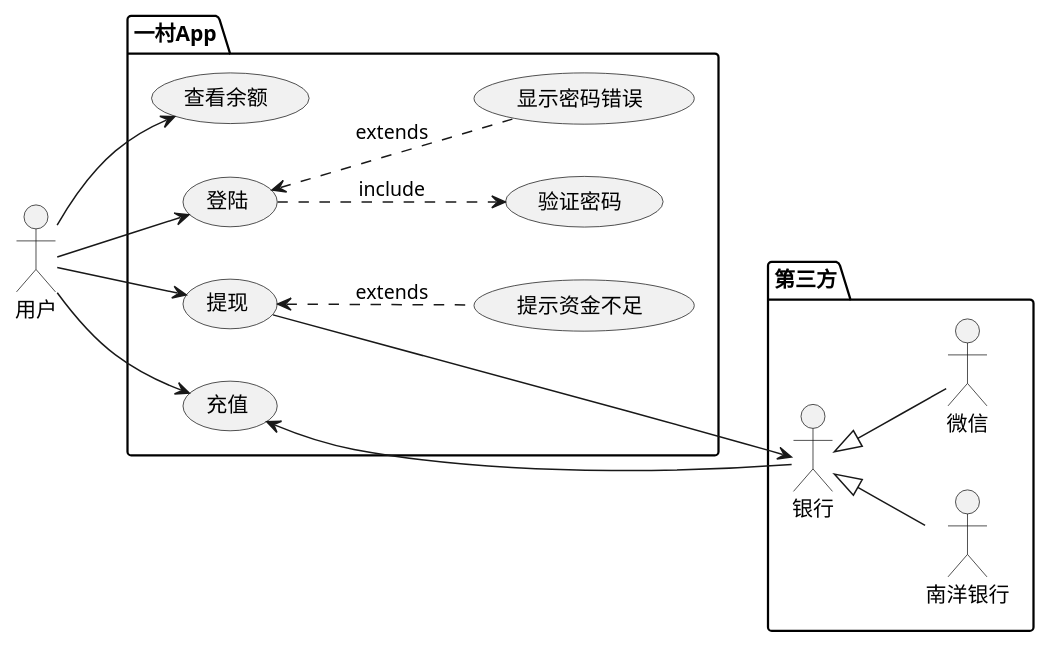
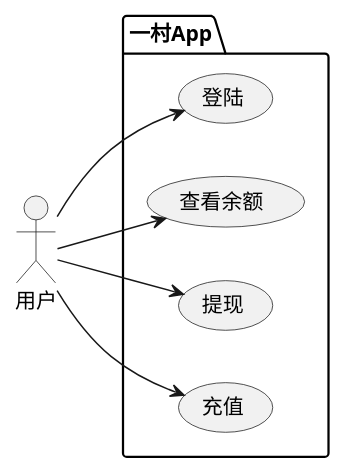
One commit to zhaoshg/javatest changed the diagram in plantuml/UseCase1.puml. Above: the diagram before and after it, drawn with PlantUML.

Commit message:
用例图

```diff
--- a/plantuml/UseCase1.puml
+++ b/plantuml/UseCase1.puml
@@ -1,42 +1,37 @@
 @startuml
 left to right direction
 
 actor 用户 as guest
 
 
 package 一村App {
   usecase "登陆" as login
-  usecase "验证密码" as checkpwd
-  usecase "显示密码错误" as errorpwd
+  usecase "查看余额" as checkbalance
   usecase "提现" as takecash
   usecase "充值" as recharge
-  usecase "查看余额" as checkbalance
+'  usecase "验证密码" as checkpwd
+'  usecase "显示密码错误" as errorpwd
 '  usecase "验证资金" as uc5
-  usecase "提示资金不足" as nomoney
+'  usecase "提示资金不足" as nomoney
 }
 
-package 第三方 {
-  actor "银行" as bank
-  actor "南洋银行" as nanyang
-  actor "微信" as weixin
-}
+'package 第三方 {
+'  actor "银行" as bank
+'  actor "南洋银行" as nanyang
+'  actor "微信" as weixin
+'}
 
-guest -> checkbalance
+guest --> checkbalance
+guest --> login
 guest --> takecash
+guest --> recharge
 
-
-guest --> login
-login ..> checkpwd: include
-login <.. errorpwd: extends
-
+'login .> checkpwd: include
+'login <.. errorpwd: extends
+'takecash --> bank
 'takecash ..> uc5: include
-takecash <.. nomoney :extends
-
-guest --> recharge
-takecash ---> bank
-recharge <--- bank
-
-
-nanyang -up-|> bank
-weixin -up-|> bank
+'takecash <.. nomoney: extends
+'recharge <--- bank
+'nanyang -up-|> bank
+'weixin -up-|> bank
 @enduml
```
